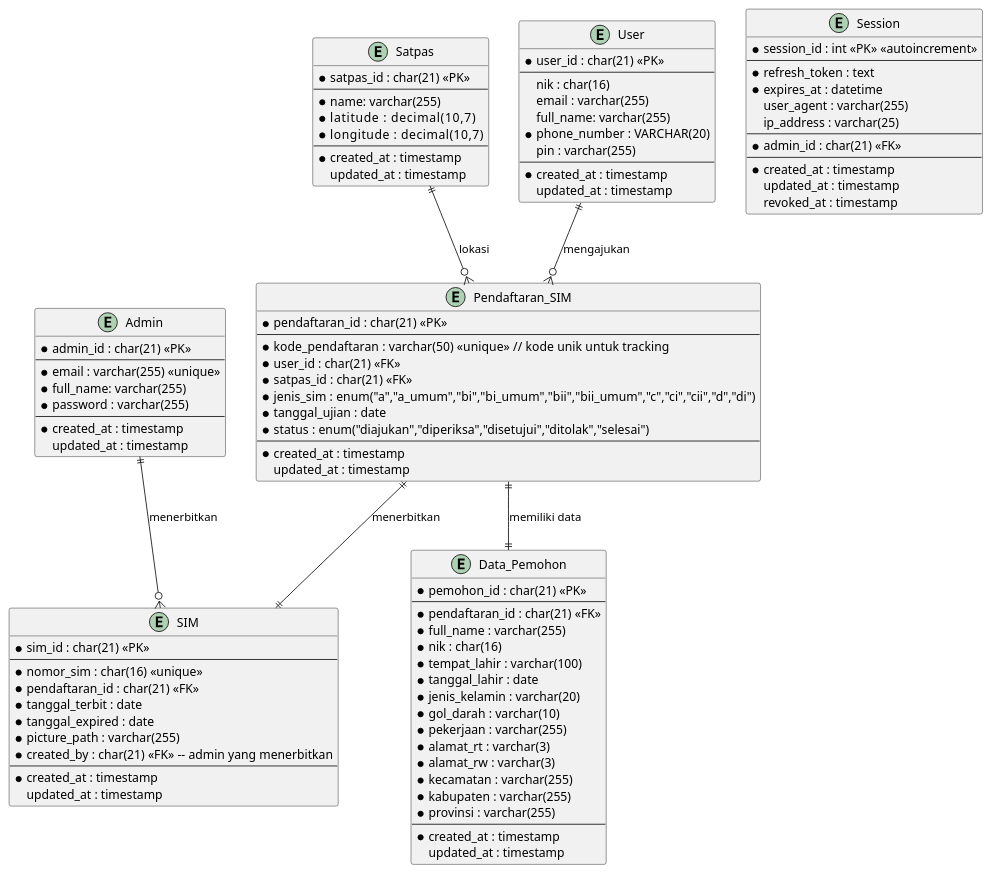
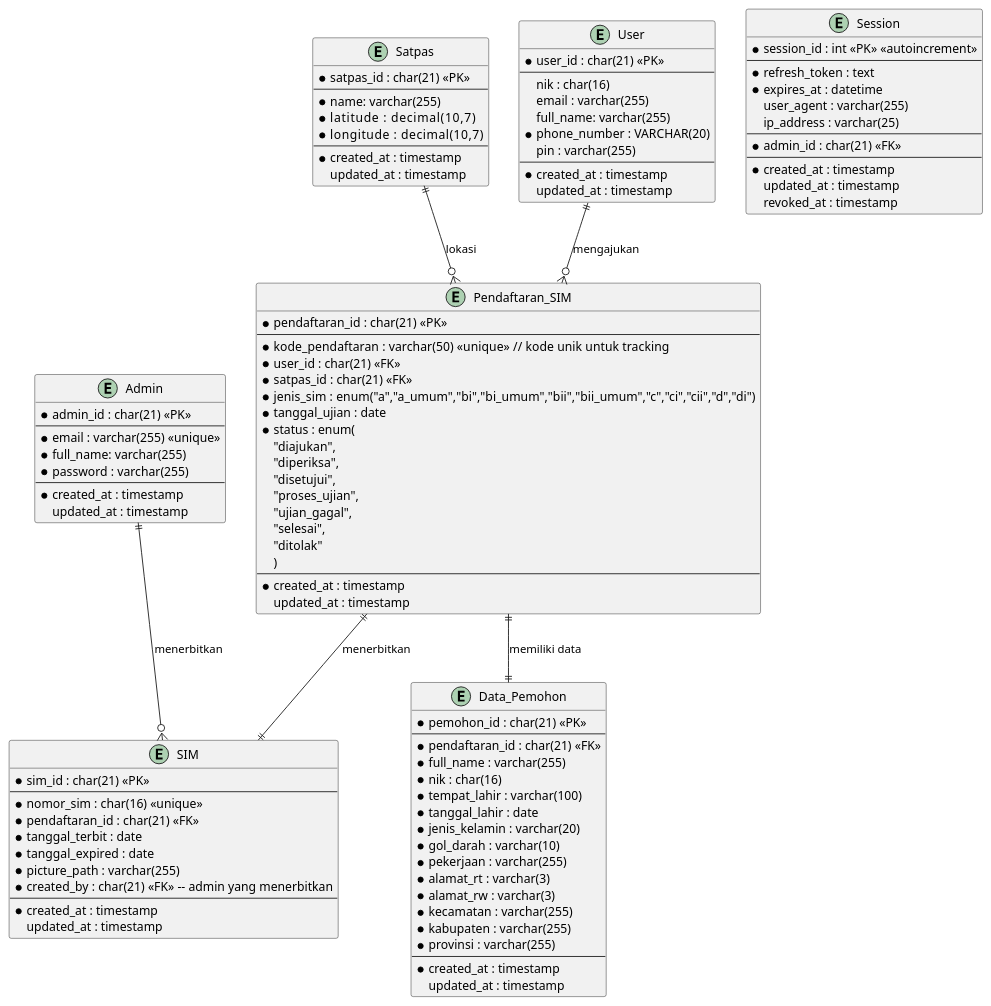
One commit to fauzantaslim/sim-service changed the diagram in docs/erdSim.puml. Above: the diagram before and after it, drawn with PlantUML. The commit also changed 27 other files, not shown here.

```diff
--- a/docs/erdSim.puml
+++ b/docs/erdSim.puml
@@ -1,112 +1,120 @@
   @startuml
 
     entity Admin {
       * admin_id : char(21) <<PK>>
       --
       * email : varchar(255) <<unique>>
       * full_name: varchar(255) 
       * password : varchar(255)
       --
       * created_at : timestamp
       updated_at : timestamp
     }
 
     entity Satpas {
       * satpas_id : char(21) <<PK>>
       --
       * name: varchar(255) 
       * latitude      : decimal(10,7)
       * longitude     : decimal(10,7)
       --
       * created_at : timestamp
       updated_at : timestamp
     }
 
       entity User {
       * user_id : char(21) <<PK>>
       --
       nik : char(16)
       email : varchar(255)
       full_name: varchar(255)
       * phone_number : VARCHAR(20)
       pin : varchar(255)
       --
       * created_at : timestamp
       updated_at : timestamp
     }
 
     entity Session {
       * session_id : int <<PK>> <<autoincrement>>
       --
       * refresh_token : text
       * expires_at : datetime
       user_agent : varchar(255)
       ip_address : varchar(25)
       --
       * admin_id : char(21) <<FK>>
       --
       * created_at : timestamp
       updated_at : timestamp
       revoked_at : timestamp
     }
 
 entity SIM {
   * sim_id : char(21) <<PK>>
   --
   * nomor_sim : char(16) <<unique>>
   * pendaftaran_id : char(21) <<FK>>
   * tanggal_terbit : date
   * tanggal_expired : date
   * picture_path : varchar(255)
   * created_by : char(21) <<FK>> -- admin yang menerbitkan
   --
   * created_at : timestamp
   updated_at : timestamp
 }
 
 
     entity Pendaftaran_SIM {
   * pendaftaran_id : char(21) <<PK>>
   --
   * kode_pendaftaran : varchar(50) <<unique>>  // kode unik untuk tracking
   * user_id : char(21) <<FK>>
   * satpas_id : char(21) <<FK>>
   * jenis_sim : enum("a","a_umum","bi","bi_umum","bii","bii_umum","c","ci","cii","d","di")
   * tanggal_ujian : date
-  * status : enum("diajukan","diperiksa","disetujui","ditolak","selesai")
+  * status : enum(
+    "diajukan",
+    "diperiksa",
+    "disetujui",
+    "proses_ujian",
+    "ujian_gagal",
+    "selesai",
+    "ditolak"
+  )
   --
   * created_at : timestamp
   updated_at : timestamp
 }
 
 ' sebagai snapshot
 entity Data_Pemohon {
   * pemohon_id : char(21) <<PK>>
   --
   * pendaftaran_id : char(21) <<FK>>
   * full_name : varchar(255)
   * nik : char(16)
   * tempat_lahir : varchar(100)
   * tanggal_lahir : date
   * jenis_kelamin : varchar(20)
   * gol_darah : varchar(10)
   * pekerjaan : varchar(255)
   * alamat_rt : varchar(3)
   * alamat_rw : varchar(3)
   * kecamatan : varchar(255)
   * kabupaten : varchar(255)
   * provinsi : varchar(255)
   --
   * created_at : timestamp
   updated_at : timestamp
 }
 
 
 
 User ||--o{ Pendaftaran_SIM : "mengajukan"
 Pendaftaran_SIM ||--|| Data_Pemohon : "memiliki data"
 Pendaftaran_SIM ||--|| SIM : "menerbitkan"
 Satpas ||--o{ Pendaftaran_SIM : "lokasi"
 Admin ||--o{ SIM : "menerbitkan"
 
   @enduml
```
